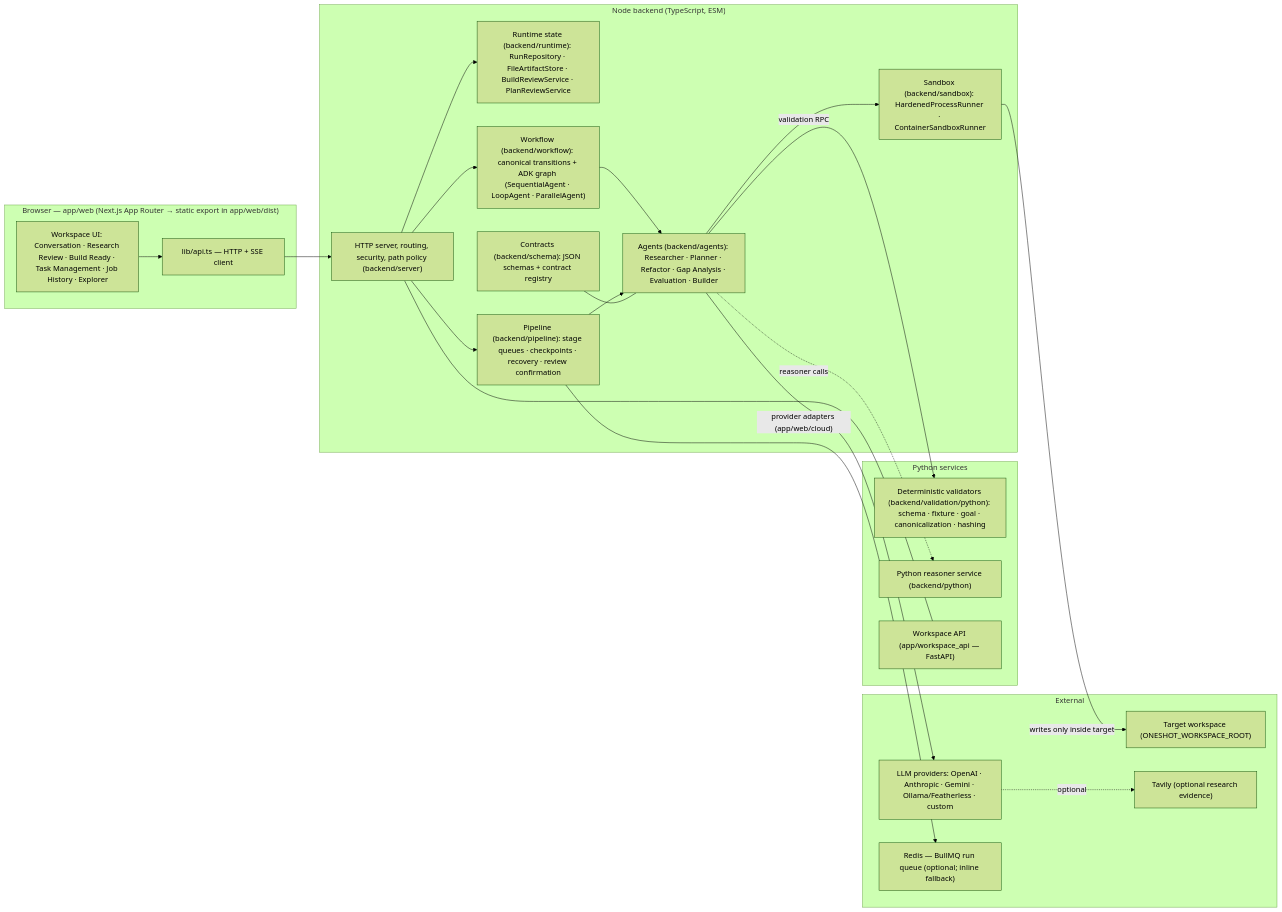
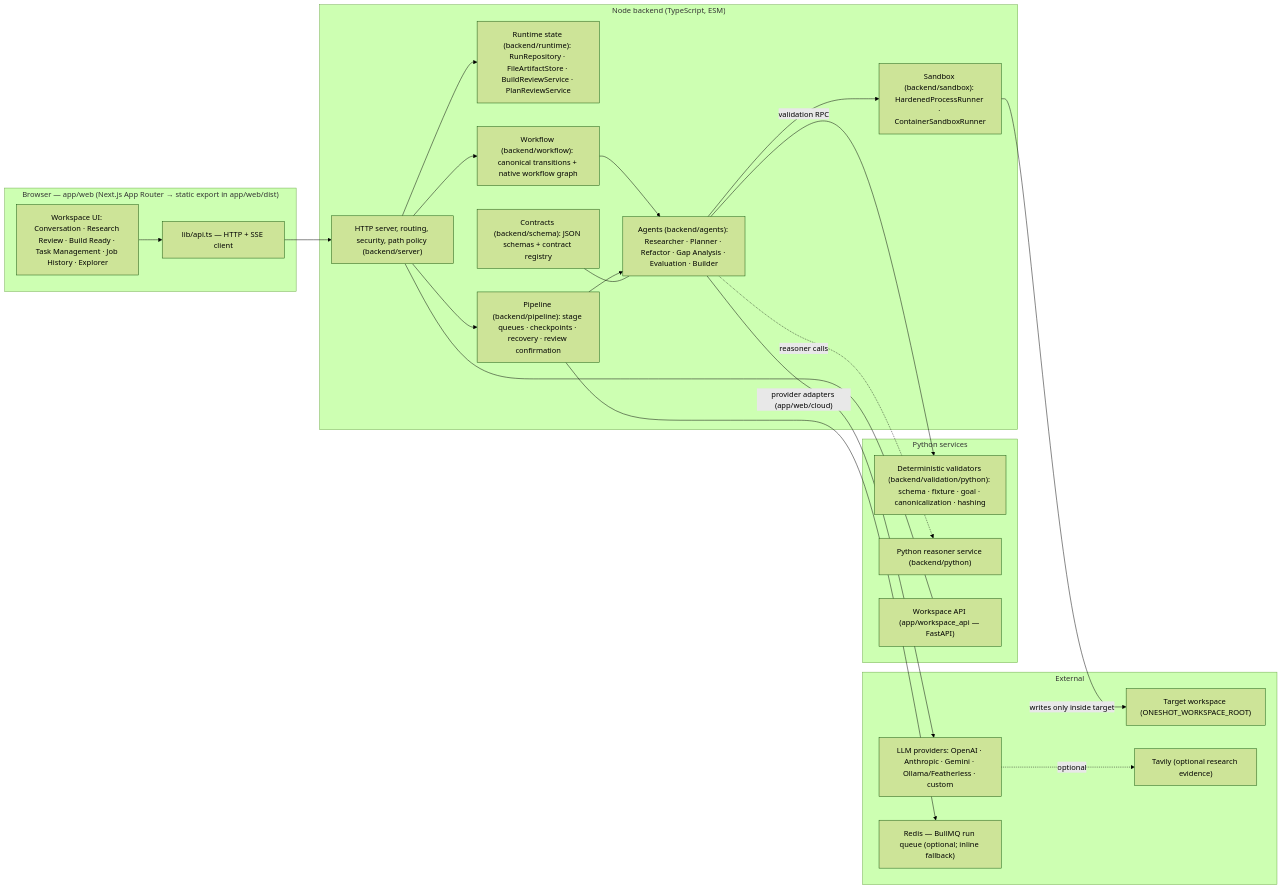
Before and after one commit to itz1508/oneshot_e2e: the first of 5 diagrams in docs/ARCHITECTURE.md, drawn with Mermaid (forest theme). The commit also changed other lines of this file and 92 other files, not shown here.

Commit message:
refactor: replace google adk with native workflow runtime

````diff
--- a/docs/ARCHITECTURE.md
+++ b/docs/ARCHITECTURE.md
@@ -13,46 +13,46 @@
 ```mermaid
 flowchart LR
     subgraph Browser["Browser — app/web (Next.js App Router → static export in app/web/dist)"]
         UI["Workspace UI: Conversation · Research Review · Build Ready · Task Management · Job History · Explorer"]
         CLIENT["lib/api.ts — HTTP + SSE client"]
     end
 
     subgraph Node["Node backend (TypeScript, ESM)"]
         SRV["HTTP server, routing, security, path policy (backend/server)"]
         RT["Runtime state (backend/runtime): RunRepository · FileArtifactStore · BuildReviewService · PlanReviewService"]
-        WF["Workflow (backend/workflow): canonical transitions + ADK graph (SequentialAgent · LoopAgent · ParallelAgent)"]
+        WF["Workflow (backend/workflow): canonical transitions + native workflow graph"]
         AG["Agents (backend/agents): Researcher · Planner · Refactor · Gap Analysis · Evaluation · Builder"]
         PIP["Pipeline (backend/pipeline): stage queues · checkpoints · recovery · review confirmation"]
         SBX["Sandbox (backend/sandbox): HardenedProcessRunner · ContainerSandboxRunner"]
         SCH["Contracts (backend/schema): JSON schemas + contract registry"]
     end
 
     subgraph Python["Python services"]
         VAL["Deterministic validators (backend/validation/python): schema · fixture · goal · canonicalization · hashing"]
         RSN["Python reasoner service (backend/python)"]
         WAPI["Workspace API (app/workspace_api — FastAPI)"]
     end
 
     subgraph External["External"]
         LLM["LLM providers: OpenAI · Anthropic · Gemini · Ollama/Featherless · custom"]
         REDIS["Redis — BullMQ run queue (optional; inline fallback)"]
         TGT["Target workspace (ONESHOT_WORKSPACE_ROOT)"]
         TAV["Tavily (optional research evidence)"]
     end
 
     UI --> CLIENT --> SRV
     SRV --> RT
     SRV --> WF
     SRV --> PIP
     WF --> AG
     PIP --> AG
     AG -->|"validation RPC"| VAL
     AG -->|"provider adapters (app/web/cloud)"| LLM
     LLM -.->|"optional"| TAV
     AG -.->|"reasoner calls"| RSN
     PIP --> REDIS
     AG --> SBX
     SBX -->|"writes only inside target"| TGT
     SRV --- WAPI
     SCH --- AG
 ```
````
